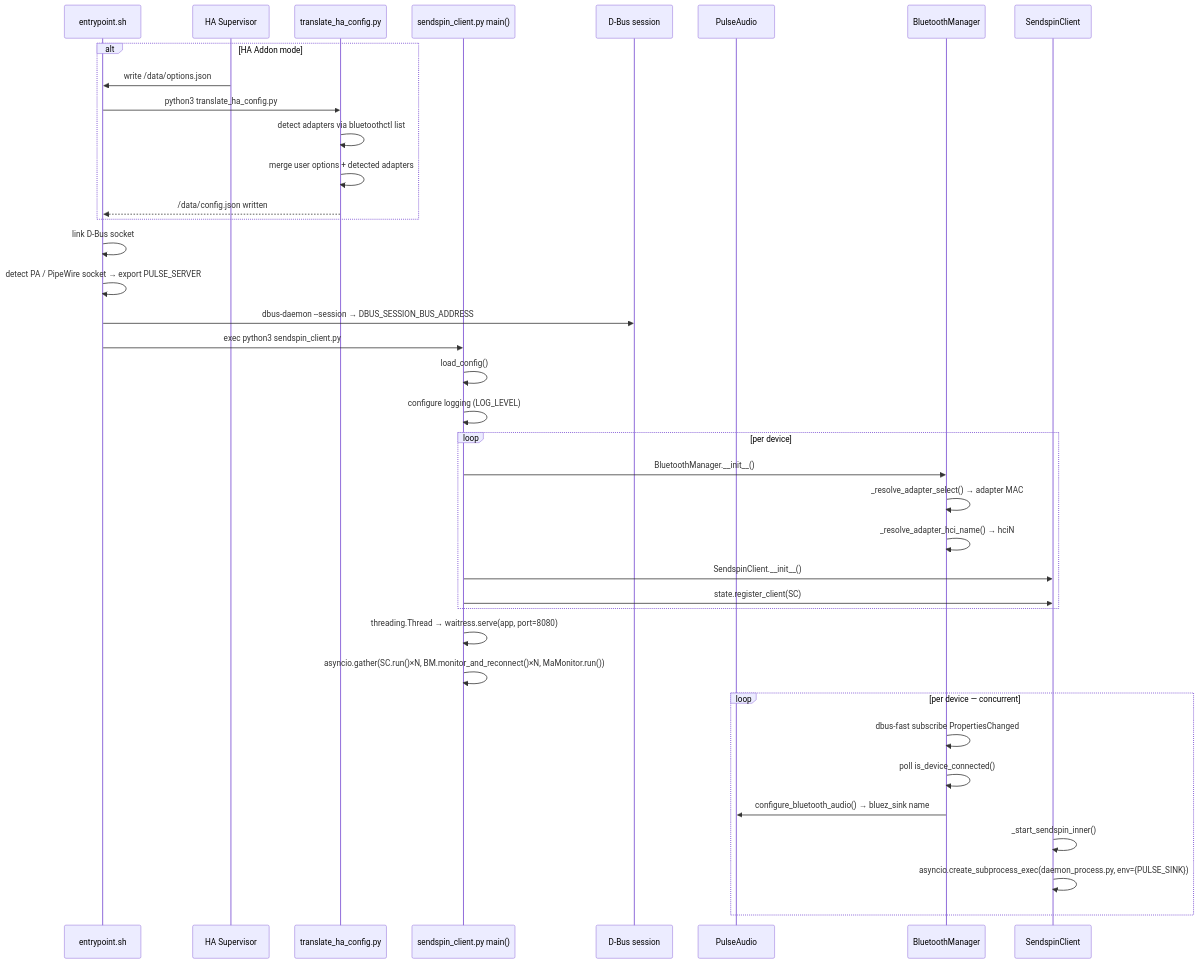
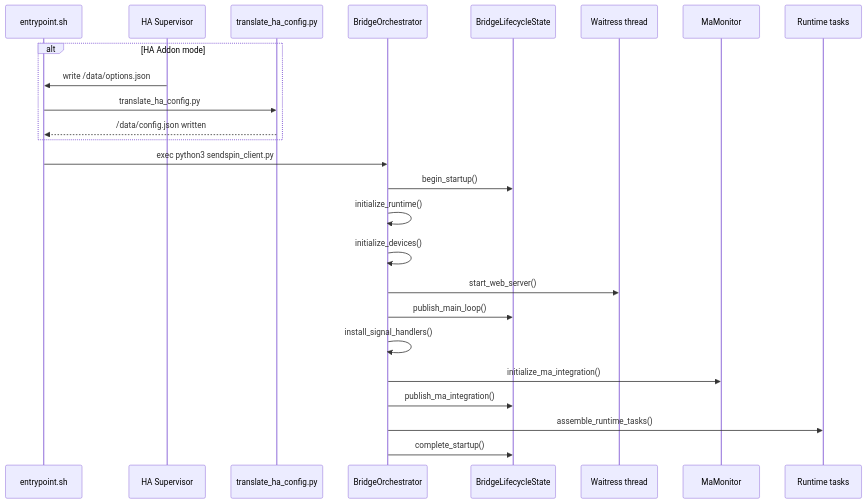
Before and after one commit to trudenboy/sendspin-bt-bridge: diagram 16 of 25 in docs-site/src/content/docs/architecture.md, drawn with Mermaid. The commit also changed other lines of this file and 33 other files, not shown here.

````diff
--- a/docs-site/src/content/docs/architecture.md
+++ b/docs-site/src/content/docs/architecture.md
@@ -659,46 +731,29 @@
 ```mermaid
 sequenceDiagram
     participant SH as entrypoint.sh
     participant HA as HA Supervisor
     participant TR as translate_ha_config.py
-    participant PY as sendspin_client.py main()
-    participant DB as D-Bus session
-    participant PA as PulseAudio
-    participant BM as BluetoothManager
-    participant SC as SendspinClient
+    participant BO as BridgeOrchestrator
+    participant LS as BridgeLifecycleState
+    participant WS as Waitress thread
+    participant MM as MaMonitor
+    participant RT as Runtime tasks
 
     alt HA Addon mode
         HA->>SH: write /data/options.json
-        SH->>TR: python3 translate_ha_config.py
-        TR->>TR: detect adapters via bluetoothctl list
-        TR->>TR: merge user options + detected adapters
+        SH->>TR: translate_ha_config.py
         TR-->>SH: /data/config.json written
     end
 
-    SH->>SH: link D-Bus socket
-    SH->>SH: detect PA / PipeWire socket → export PULSE_SERVER
-    SH->>DB: dbus-daemon --session → DBUS_SESSION_BUS_ADDRESS
-
-    SH->>PY: exec python3 sendspin_client.py
-    PY->>PY: load_config()
-    PY->>PY: configure logging (LOG_LEVEL)
-
-    loop per device
-        PY->>BM: BluetoothManager.__init__()
-        BM->>BM: _resolve_adapter_select() → adapter MAC
-        BM->>BM: _resolve_adapter_hci_name() → hciN
-        PY->>SC: SendspinClient.__init__()
-        PY->>SC: state.register_client(SC)
-    end
-
-    PY->>PY: threading.Thread → waitress.serve(app, port=8080)
-    PY->>PY: asyncio.gather(SC.run()×N, BM.monitor_and_reconnect()×N, MaMonitor.run())
-
-    loop per device — concurrent
-        BM->>BM: dbus-fast subscribe PropertiesChanged
-        BM->>BM: poll is_device_connected()
-        BM->>PA: configure_bluetooth_audio() → bluez_sink name
-        SC->>SC: _start_sendspin_inner()
-        SC->>SC: asyncio.create_subprocess_exec(daemon_process.py, env={PULSE_SINK})
-    end
+    SH->>BO: exec python3 sendspin_client.py
+    BO->>LS: begin_startup()
+    BO->>BO: initialize_runtime()
+    BO->>BO: initialize_devices()
+    BO->>WS: start_web_server()
+    BO->>LS: publish_main_loop()
+    BO->>BO: install_signal_handlers()
+    BO->>MM: initialize_ma_integration()
+    BO->>LS: publish_ma_integration()
+    BO->>RT: assemble_runtime_tasks()
+    BO->>LS: complete_startup()
 ```
````
